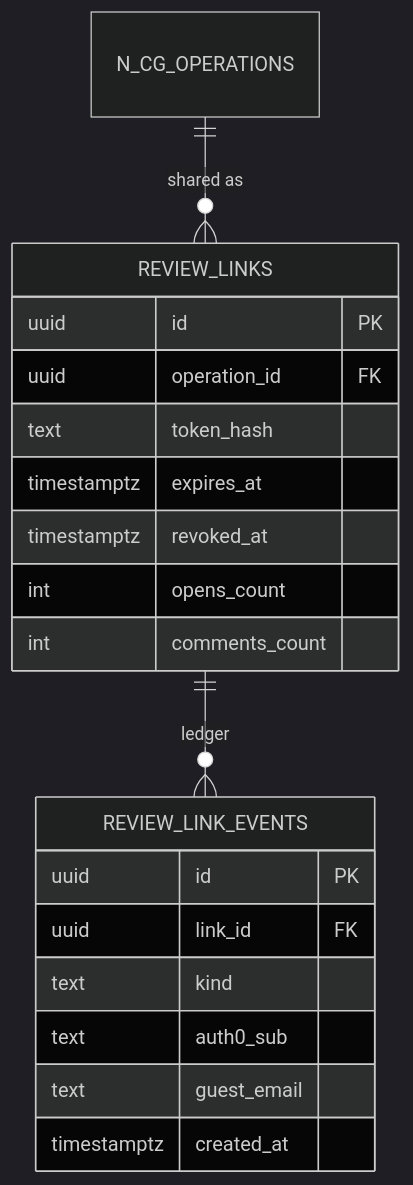
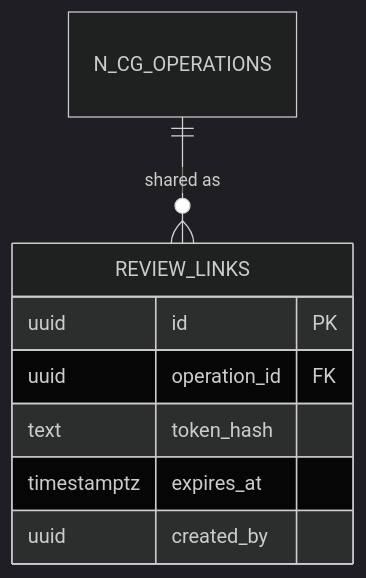
One commit to Solstice-Health/engineering-specs changed the third of 5 diagrams in plans/SOL-3388-guest-review-links.md. Above: the diagram before and after it, drawn with Mermaid (dark theme). The commit also changed other lines of this file, not shown here.

First line of the commit message:
SOL-3388: apply Gifan's PR review to the plan

````diff
--- a/plans/SOL-3388-guest-review-links.md
+++ b/plans/SOL-3388-guest-review-links.md
@@ -100,22 +100,11 @@
 ```mermaid
 erDiagram
     N_CG_OPERATIONS ||--o{ REVIEW_LINKS : "shared as"
-    REVIEW_LINKS ||--o{ REVIEW_LINK_EVENTS : "ledger"
     REVIEW_LINKS {
         uuid id PK
         uuid operation_id FK
         text token_hash
         timestamptz expires_at
-        timestamptz revoked_at
-        int opens_count
-        int comments_count
-    }
-    REVIEW_LINK_EVENTS {
-        uuid id PK
-        uuid link_id FK
-        text kind
-        text auth0_sub
-        text guest_email
-        timestamptz created_at
+        uuid created_by
     }
 ```
````
